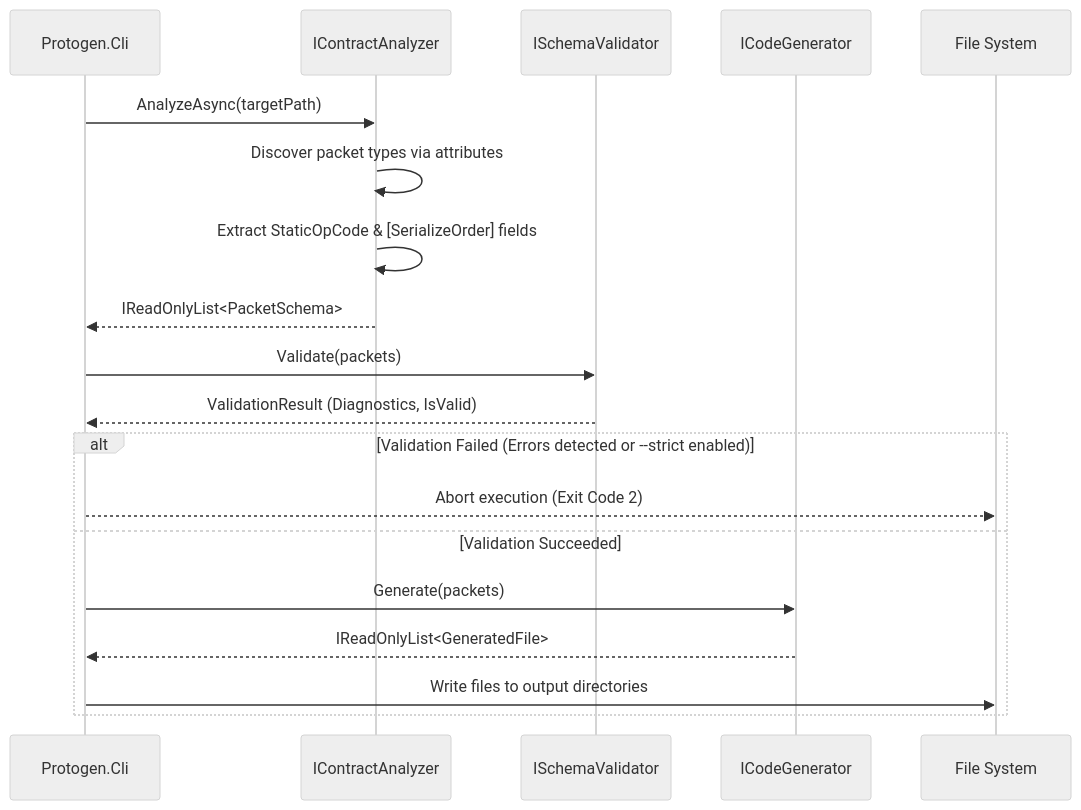
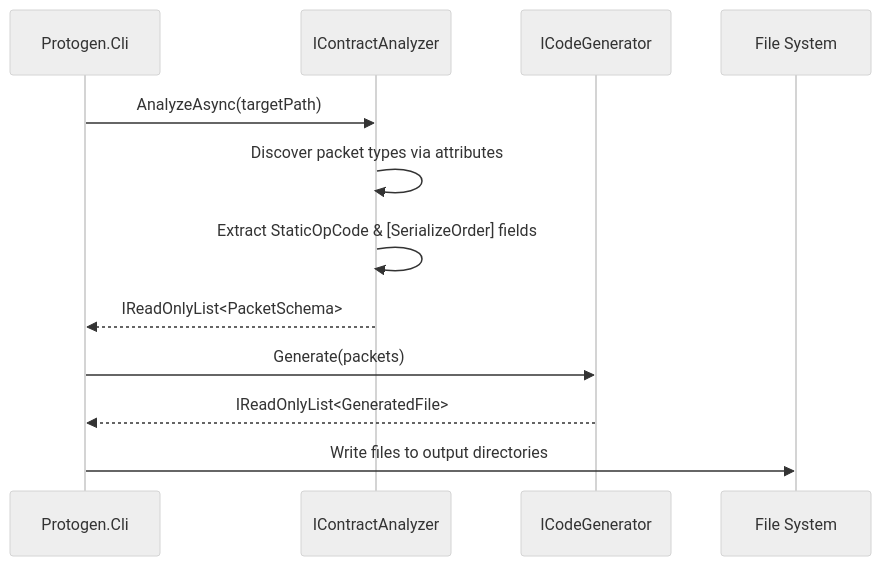
The second of 2 diagrams in docs/ARCHITECTURE.md (ppn-systems/nalix-native), drawn with Mermaid (neutral theme) before and after one commit. The commit also changed other lines of this file and 9 other files, not shown here.

Commit message:
refactor: remove validation layer and streamline CLI pipeline

````diff
--- a/docs/ARCHITECTURE.md
+++ b/docs/ARCHITECTURE.md
@@ -106,24 +99,16 @@
 ```mermaid
 sequenceDiagram
     participant CLI as Protogen.Cli
     participant Analyzer as IContractAnalyzer
-    participant Validator as ISchemaValidator
     participant Generator as ICodeGenerator
     participant Disk as File System
 
     CLI->>Analyzer: AnalyzeAsync(targetPath)
     Analyzer->>Analyzer: Discover packet types via attributes
     Analyzer->>Analyzer: Extract StaticOpCode & [SerializeOrder] fields
     Analyzer-->>CLI: IReadOnlyList<PacketSchema>
     
-    CLI->>Validator: Validate(packets)
-    Validator-->>CLI: ValidationResult (Diagnostics, IsValid)
-    
-    alt Validation Failed (Errors detected or --strict enabled)
-        CLI-->>Disk: Abort execution (Exit Code 2)
-    else Validation Succeeded
-        CLI->>Generator: Generate(packets)
-        Generator-->>CLI: IReadOnlyList<GeneratedFile>
-        CLI->>Disk: Write files to output directories
-    end
+    CLI->>Generator: Generate(packets)
+    Generator-->>CLI: IReadOnlyList<GeneratedFile>
+    CLI->>Disk: Write files to output directories
 ```
````
